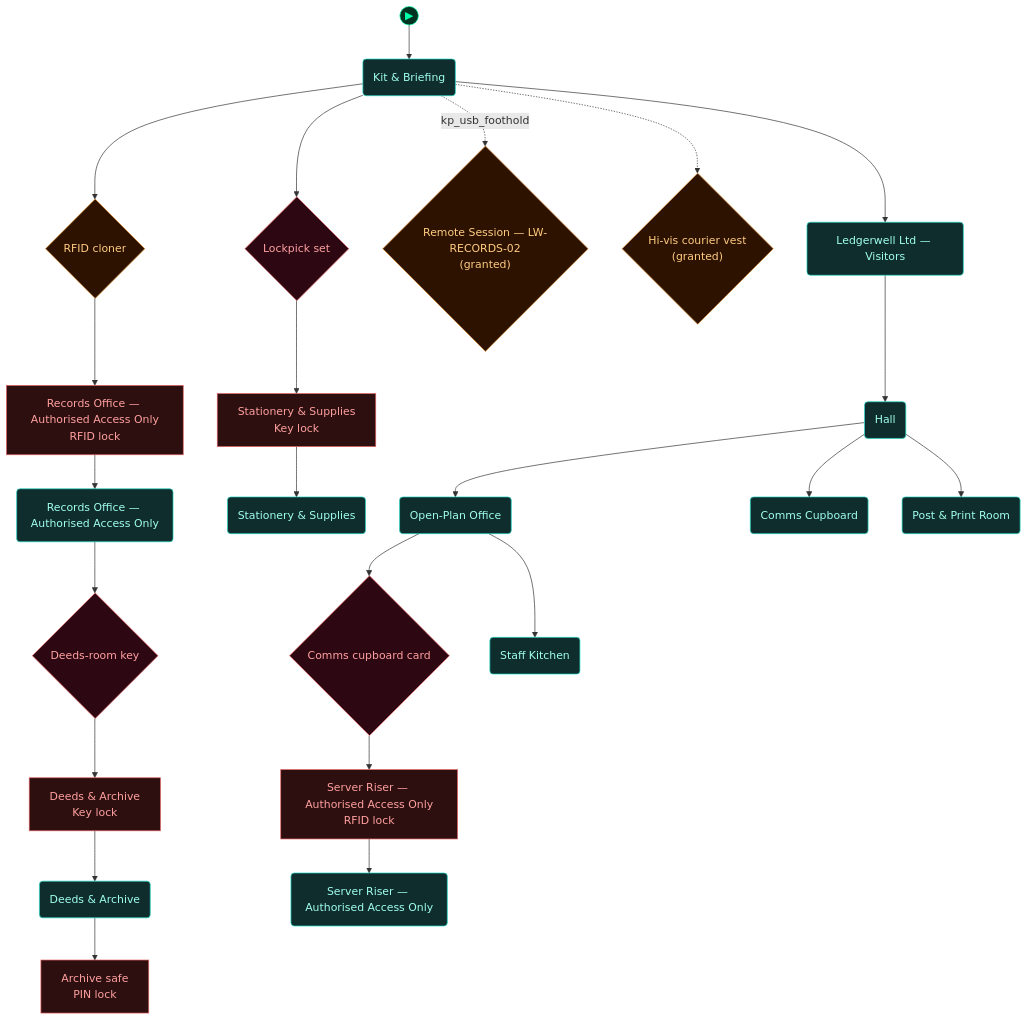
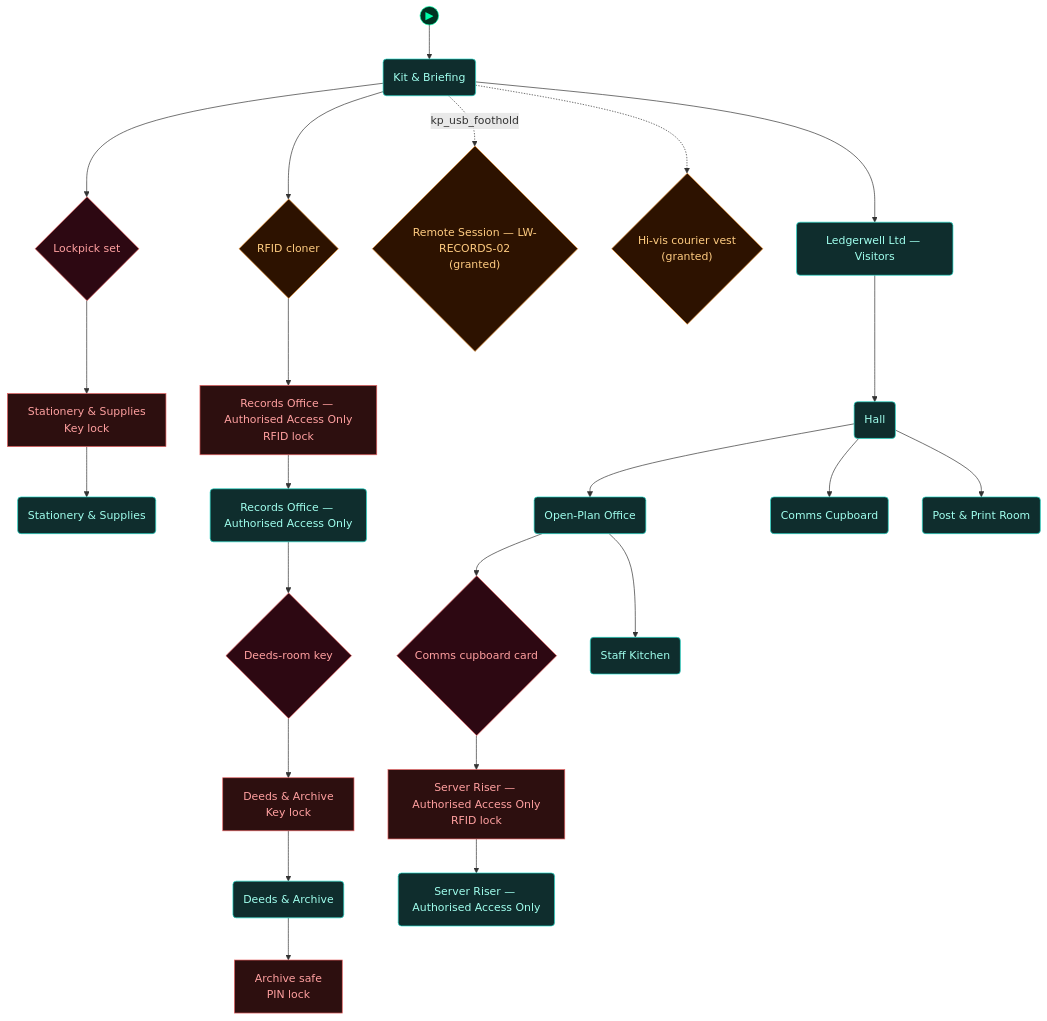
Before and after one commit to cliffe/BreakEscape: the first of 5 diagrams in scenarios/lab_physical_pentest/dungeon_graph.md, drawn with Mermaid. The commit also changed other lines of this file and 11 other files, not shown here.

First line of the commit message:
lab_physical_pentest: lockpicking required (store cupboard in scope) with a controller find inside

````diff
--- a/scenarios/lab_physical_pentest/dungeon_graph.md
+++ b/scenarios/lab_physical_pentest/dungeon_graph.md
@@ -51,72 +51,72 @@
 ```mermaid
 flowchart TD
 
   classDef room      fill:#0f2d2d,stroke:#22ddcc,color:#a0ffee
   classDef lock      fill:#2d0f0f,stroke:#e66060,color:#ffa0a0
   classDef key       fill:#2d0812,stroke:#e66060,color:#ffa0a0
   classDef item      fill:#2d1200,stroke:#e89030,color:#ffcc80
   classDef gate      fill:#111,stroke:#666,color:#eee
   classDef vm        fill:#0c1f40,stroke:#4a90d9,color:#a0c8ff
   classDef flag      fill:#1a0c2d,stroke:#9060d0,color:#cc99ff
   classDef action    fill:#1a1200,stroke:#cc9922,color:#ffee88
   classDef aim       fill:#0d2a0d,stroke:#44cc44,color:#88ff88
   classDef aim_gate  fill:#111111,stroke:#44cc44,color:#44cc44
   classDef container fill:#1a2d1a,stroke:#60b060,color:#a0e0a0
   classDef npc       fill:#2d1f0d,stroke:#d0a050,color:#ffe0a0
   classDef critical  fill:#2a1500,stroke:#ffaa00,color:#ffdd88
   classDef start     fill:#003322,stroke:#00ffaa,color:#00ffaa
 
   node_start(("▶"))
   node_start --> briefing_room
 
   door_secure_area["Records Office — Authorised Access Only<br/>RFID lock"]
   secure_area("Records Office — Authorised Access Only")
   door_store_room["Stationery & Supplies<br/>Key lock"]
   store_room("Stationery & Supplies")
   door_P5["Server Riser — Authorised Access Only<br/>RFID lock"]
   P5("Server Riser — Authorised Access Only")
   door_P4["Deeds & Archive<br/>Key lock"]
   P4("Deeds & Archive")
   briefing_room("Kit & Briefing")
+  lockpick_set{"Lockpick set"}
   rfid_cloner{"RFID cloner"}
-  lockpick_set{"Lockpick set"}
   open_plan("Open-Plan Office")
   comms_cupboard_card{"Comms cupboard card"}
   deeds_room_key{"Deeds-room key"}
   lock_p4_safe["Archive safe<br/>PIN lock"]
   grant_records_remote_session{"Remote Session — LW-RECORDS-02<br/>(granted)"}
   grant_kit_hivis_vest{"Hi-vis courier vest<br/>(granted)"}
   reception("Ledgerwell Ltd — Visitors")
   hall("Hall")
   P3("Comms Cupboard")
   P1("Post & Print Room")
   P2("Staff Kitchen")
 
   door_secure_area --> secure_area
   door_store_room --> store_room
   door_P5 --> P5
   door_P4 --> P4
+  briefing_room --> lockpick_set
+  lockpick_set --> door_store_room
   briefing_room --> rfid_cloner
   rfid_cloner --> door_secure_area
-  briefing_room --> lockpick_set
-  lockpick_set --> door_store_room
   open_plan --> comms_cupboard_card
   comms_cupboard_card --> door_P5
   secure_area --> deeds_room_key
   deeds_room_key --> door_P4
   P4 --> lock_p4_safe
   briefing_room -.->|kp_usb_foothold| grant_records_remote_session
   briefing_room -.-> grant_kit_hivis_vest
   briefing_room --> reception
   reception --> hall
   hall --> open_plan
   hall --> P3
   hall --> P1
   open_plan --> P2
 
   class door_secure_area,door_store_room,door_P5,door_P4,lock_p4_safe lock
   class secure_area,store_room,P5,P4,briefing_room,open_plan,reception,hall,P3,P1,P2 room
+  class lockpick_set,comms_cupboard_card,deeds_room_key key
   class rfid_cloner,grant_records_remote_session,grant_kit_hivis_vest item
-  class lockpick_set,comms_cupboard_card,deeds_room_key key
   class node_start start
 ```
````
